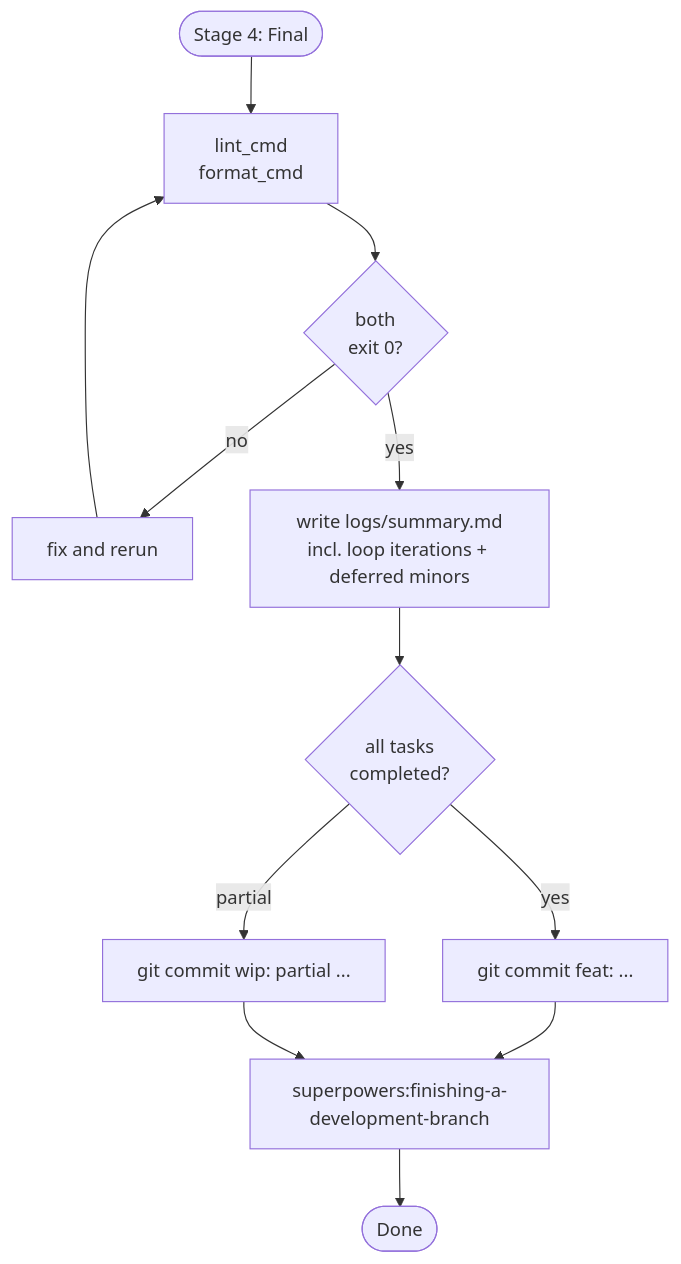
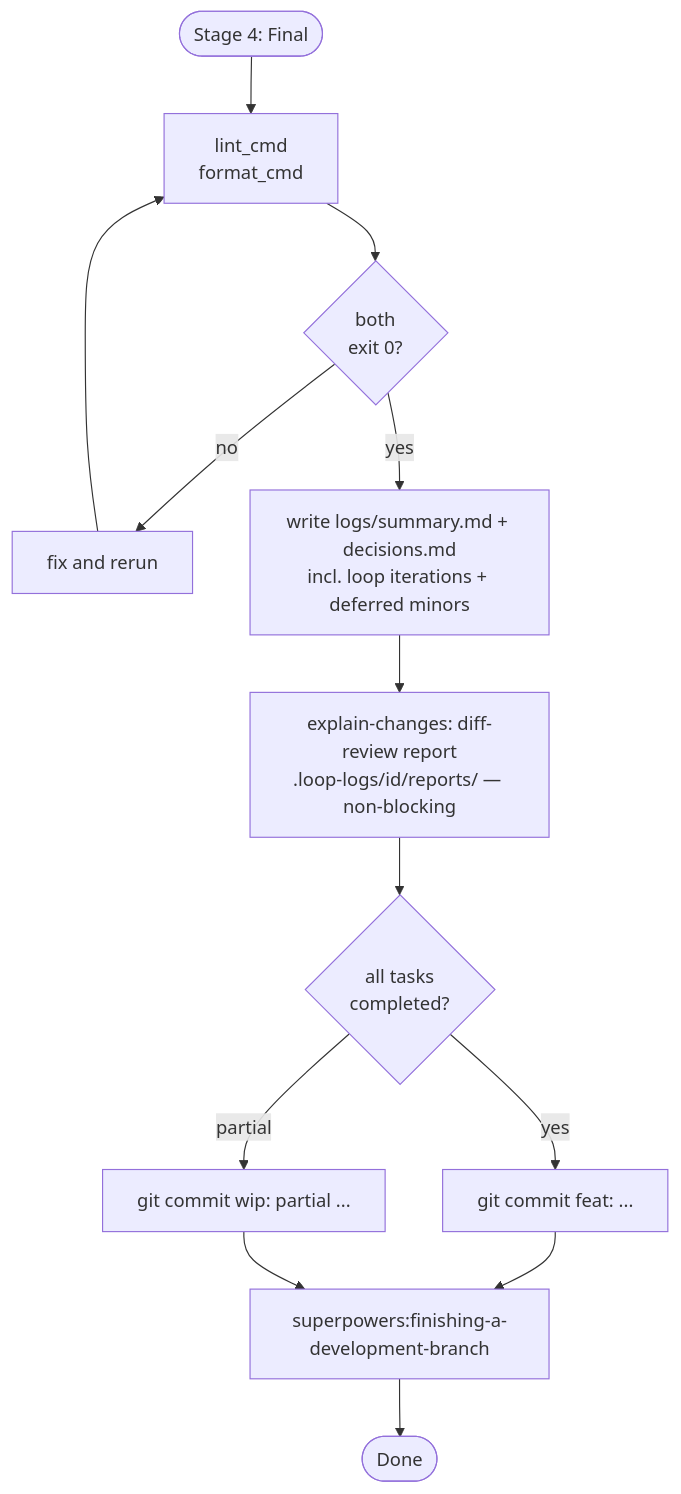
Before and after one commit to SG-Agent-Studio/autonomous-development-loop: the sixth of 7 diagrams in docs/architecture/001-agent-workflow.md, drawn with Mermaid. The commit also changed other lines of this file and 1 other file, not shown here.

Commit message:
docs: update documents for skill explain-changes (#23)

````diff
--- a/docs/architecture/001-agent-workflow.md
+++ b/docs/architecture/001-agent-workflow.md
@@ -173,13 +173,14 @@
 ```mermaid
 flowchart TD
     S4([Stage 4: Final]) --> LF[lint_cmd\nformat_cmd]
     LF --> LFR{both\nexit 0?}
     LFR -->|no| FIX[fix and rerun]
     FIX --> LF
-    LFR -->|yes| SUM[write logs/summary.md\nincl. loop iterations + deferred minors]
-    SUM --> CMT{all tasks\ncompleted?}
+    LFR -->|yes| SUM[write logs/summary.md + decisions.md\nincl. loop iterations + deferred minors]
+    SUM --> EC[explain-changes: diff-review report\n.loop-logs/id/reports/ — non-blocking]
+    EC --> CMT{all tasks\ncompleted?}
     CMT -->|yes| CF[git commit feat: ...]
     CMT -->|partial| CW[git commit wip: partial ...]
     CF & CW --> BC[superpowers:finishing-a-development-branch]
     BC --> DONE([Done])
 ```
````
